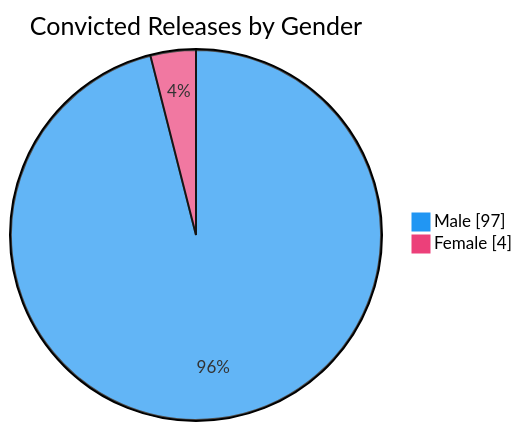
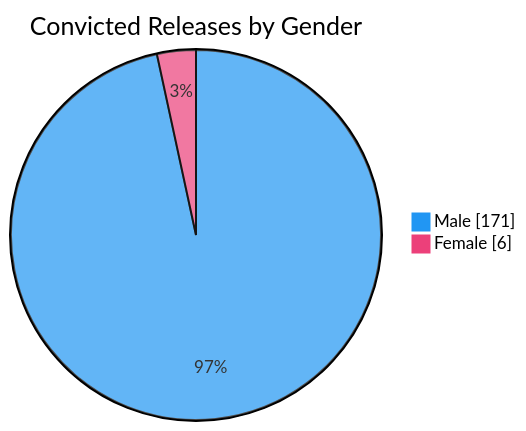
The sixth of 7 diagrams in README.md (nuuuwan/lk_prisons), drawn with Mermaid before and after one commit. The commit also changed other lines of this file and 1 other file, not shown here.

````diff
--- a/README.md
+++ b/README.md
@@ -98,6 +98,6 @@
 ```mermaid
 %%{init: {'themeVariables': {'pie1': '#2196F3', 'pie2': '#EC407A'}}}%%
 pie showData title Convicted Releases by Gender
-    "Male" : 97
-    "Female" : 4
+    "Male" : 171
+    "Female" : 6
 ```
````
